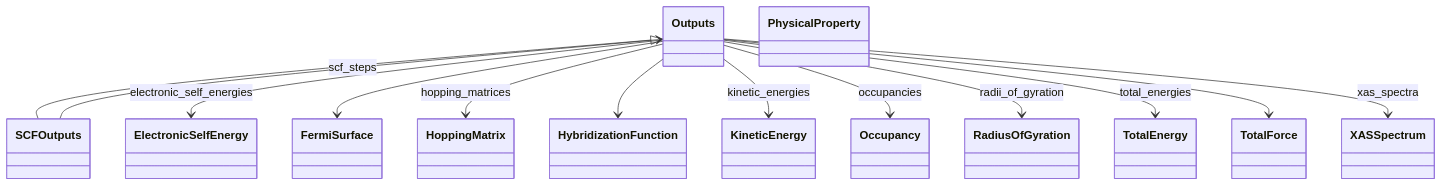
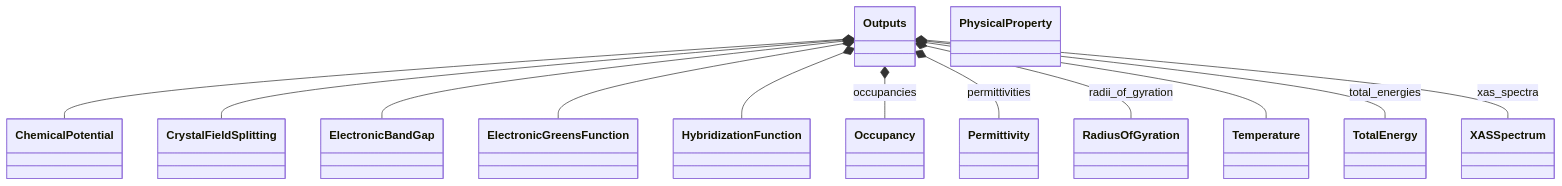
One commit to FAIRmat-NFDI/nomad-simulations changed the second of 2 diagrams in docs/schema/outputs.diagram.md. Above: the diagram before and after it, drawn with Mermaid. The commit also changed other lines of this file and 38 other files, not shown here.

First line of the commit message:
add legend to UML diagrams, fix diagram arrows (#360)

````diff
--- a/docs/schema/outputs.diagram.md
+++ b/docs/schema/outputs.diagram.md
@@ -68,41 +68,40 @@
 ```mermaid
 classDiagram
-    class ElectronicSelfEnergy {
+    class ChemicalPotential {
     }
-    class FermiSurface {
+    class CrystalFieldSplitting {
     }
-    class HoppingMatrix {
+    class ElectronicBandGap {
+    }
+    class ElectronicGreensFunction {
     }
     class HybridizationFunction {
-    }
-    class KineticEnergy {
     }
     class Occupancy {
     }
     class Outputs {
     }
+    class Permittivity {
+    }
     class PhysicalProperty {
     }
     class RadiusOfGyration {
     }
-    class SCFOutputs {
+    class Temperature {
     }
     class TotalEnergy {
     }
-    class TotalForce {
-    }
     class XASSpectrum {
     }
-    Outputs <|-- SCFOutputs
-    Outputs --> ElectronicSelfEnergy : electronic_self_energies
-    Outputs --> FermiSurface
-    Outputs --> HoppingMatrix : hopping_matrices
-    Outputs --> HybridizationFunction
-    Outputs --> KineticEnergy : kinetic_energies
-    Outputs --> Occupancy : occupancies
-    Outputs --> RadiusOfGyration : radii_of_gyration
-    Outputs --> TotalEnergy : total_energies
-    Outputs --> TotalForce
-    Outputs --> XASSpectrum : xas_spectra
-    SCFOutputs --> Outputs : scf_steps
+    Outputs *-- ChemicalPotential
+    Outputs *-- CrystalFieldSplitting
+    Outputs *-- ElectronicBandGap
+    Outputs *-- ElectronicGreensFunction
+    Outputs *-- HybridizationFunction
+    Outputs *-- Occupancy : occupancies
+    Outputs *-- Permittivity : permittivities
+    Outputs *-- RadiusOfGyration : radii_of_gyration
+    Outputs *-- Temperature
+    Outputs *-- TotalEnergy : total_energies
+    Outputs *-- XASSpectrum : xas_spectra
 ```
````
